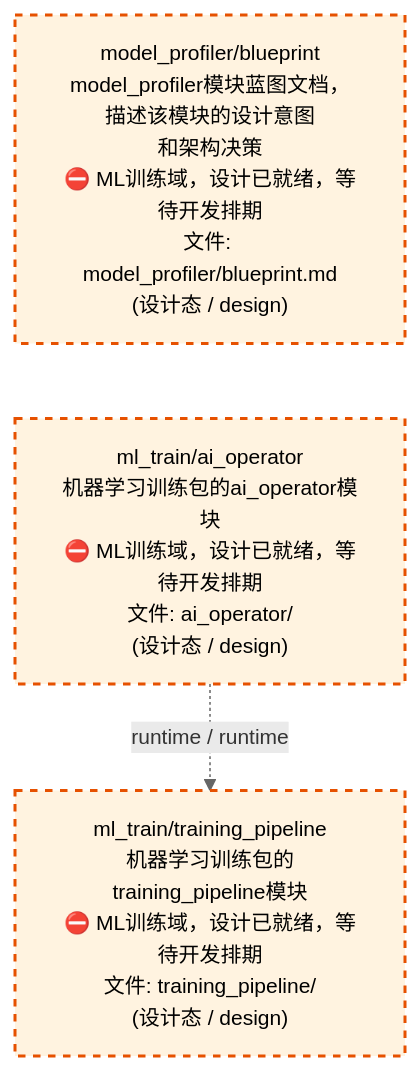
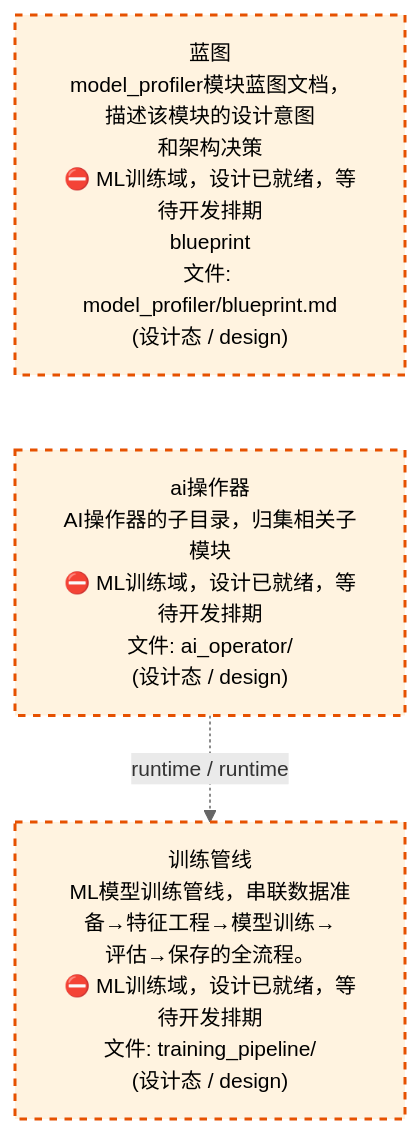
One commit to xuanFelixVan/ZephyrAlpha changed the third of 4 diagrams in docs/02_enterprise_architecture/02_domain_architecture_docs/61_d_ml_train.md. Above: the diagram before and after it, drawn with Mermaid. The commit also changed other lines of this file and 54 other files, not shown here.

````diff
--- a/docs/02_enterprise_architecture/02_domain_architecture_docs/61_d_ml_train.md
+++ b/docs/02_enterprise_architecture/02_domain_architecture_docs/61_d_ml_train.md
@@ -119,14 +119,14 @@
 ```mermaid
 %%{init: {'theme': 'base', 'themeVariables': {'primaryColor': '#eaeaea', 'primaryTextColor': '#333333', 'primaryBorderColor': '#666666', 'lineColor': '#666666', 'secondaryColor': '#eaeaea', 'tertiaryColor': '#eaeaea', 'fontSize': '14px'}}}%%
 flowchart TD
-    docs_03_modules_cross_layer_model_profiler_blueprint_md["model_profiler/blueprint<br/>model_profiler模块蓝图文档，描述该模块的设计意图<br/>和架构决策<br/>⛔ ML训练域，设计已就绪，等待开发排期<br/>文件: model_profiler/blueprint.md<br/>(设计态 / design)"]
-    src_zephyr_ml_train_ai_operator["ml_train/ai_operator<br/>机器学习训练包的ai_operator模块<br/>⛔ ML训练域，设计已就绪，等待开发排期<br/>文件: ai_operator/<br/>(设计态 / design)"]
+    docs_03_modules_cross_layer_model_profiler_blueprint_md["蓝图<br/>model_profiler模块蓝图文档，描述该模块的设计意图<br/>和架构决策<br/>⛔ ML训练域，设计已就绪，等待开发排期<br/>blueprint<br/>文件: model_profiler/blueprint.md<br/>(设计态 / design)"]
+    src_zephyr_ml_train_ai_operator["ai操作器<br/>AI操作器的子目录，归集相关子模块<br/>⛔ ML训练域，设计已就绪，等待开发排期<br/>文件: ai_operator/<br/>(设计态 / design)"]
     docs_03_modules_cross_layer_model_profiler_blueprint_md ~~~ src_zephyr_ml_train_ai_operator
-    src_zephyr_ml_train_training_pipeline["ml_train/training_pipeline<br/>机器学习训练包的training_pipeline模块<br/>⛔ ML训练域，设计已就绪，等待开发排期<br/>文件: training_pipeline/<br/>(设计态 / design)"]
+    src_zephyr_ml_train_training_pipeline["训练管线<br/>ML模型训练管线，串联数据准备→特征工程→模型训练→<br/>评估→保存的全流程。<br/>⛔ ML训练域，设计已就绪，等待开发排期<br/>文件: training_pipeline/<br/>(设计态 / design)"]
     src_zephyr_ml_train_ai_operator -.->|runtime / runtime| src_zephyr_ml_train_training_pipeline
     classDef production fill:#e1f5fe,stroke:#01579b,stroke-width:2px,color:#000
     classDef design fill:#fff3e0,stroke:#e65100,stroke-width:2px,color:#000,stroke-dasharray: 5 5
     classDef external_prod fill:#e8f4fd,stroke:#0277bd,stroke-width:1px,color:#000
     classDef external_design fill:#fff8e7,stroke:#ef6c00,stroke-width:1px,color:#000,stroke-dasharray: 5 5
     class docs_03_modules_cross_layer_model_profiler_blueprint_md,src_zephyr_ml_train_ai_operator,src_zephyr_ml_train_training_pipeline design
 ```
````
